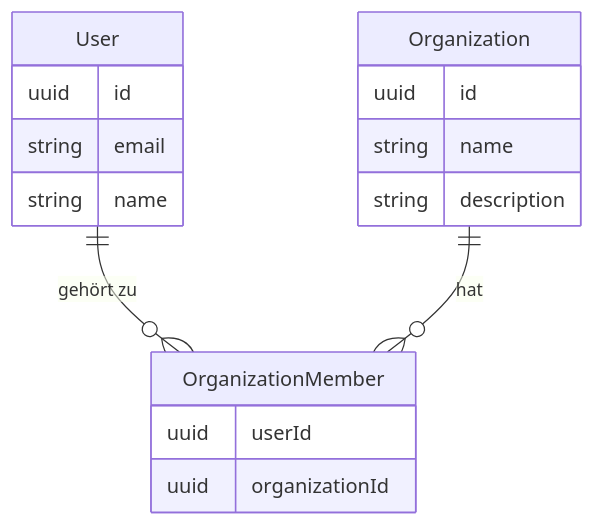
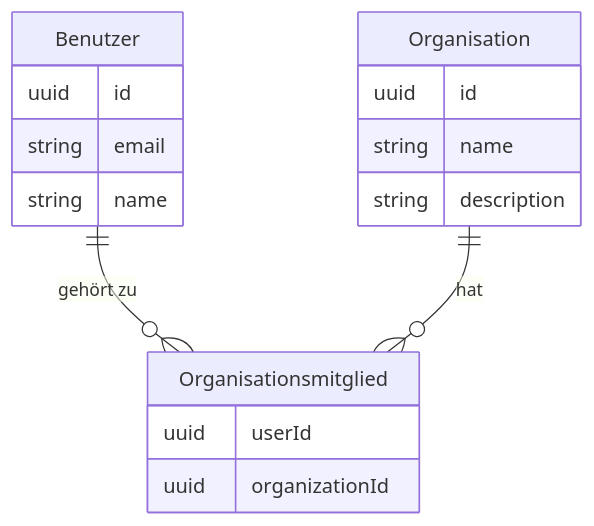
One commit to logto-io/docs changed the second of 7 diagrams in i18n/de/docusaurus-plugin-content-docs/current/use-cases/multi-tenancy/build-multi-tenant-saas-application.mdx. Above: the diagram before and after it, drawn with Mermaid. The commit also changed other lines of this file and 666 other files, not shown here.

````diff
--- a/i18n/de/docusaurus-plugin-content-docs/current/use-cases/multi-tenancy/build-multi-tenant-saas-application.mdx
+++ b/i18n/de/docusaurus-plugin-content-docs/current/use-cases/multi-tenancy/build-multi-tenant-saas-application.mdx
@@ -206,20 +206,20 @@
 ```mermaid
 erDiagram
-    User ||--o{ OrganizationMember : "gehört zu"
-    Organization ||--o{ OrganizationMember : "hat"
+    Benutzer ||--o{ Organisationsmitglied : "gehört zu"
+    Organisation ||--o{ Organisationsmitglied : "hat"
 
-    User {
+    Benutzer {
         uuid id
         string email
         string name
     }
-    Organization {
+    Organisation {
         uuid id
         string name
         string description
     }
-    OrganizationMember {
+    Organisationsmitglied {
         uuid userId
         uuid organizationId
     }
 ```
````
